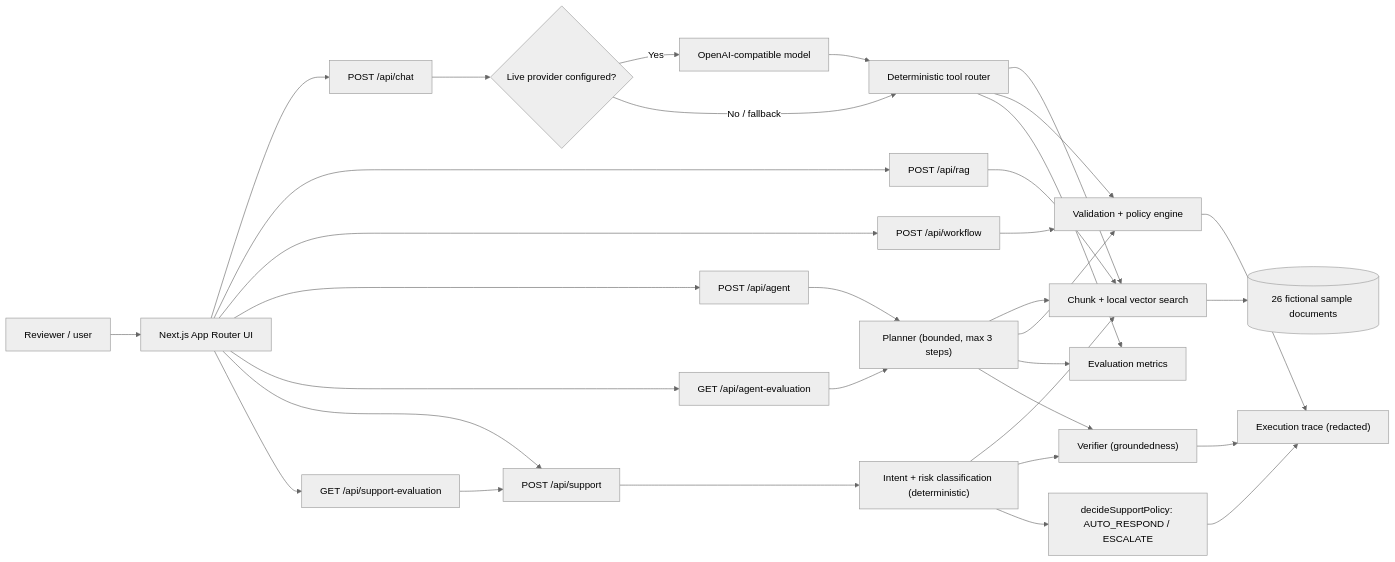
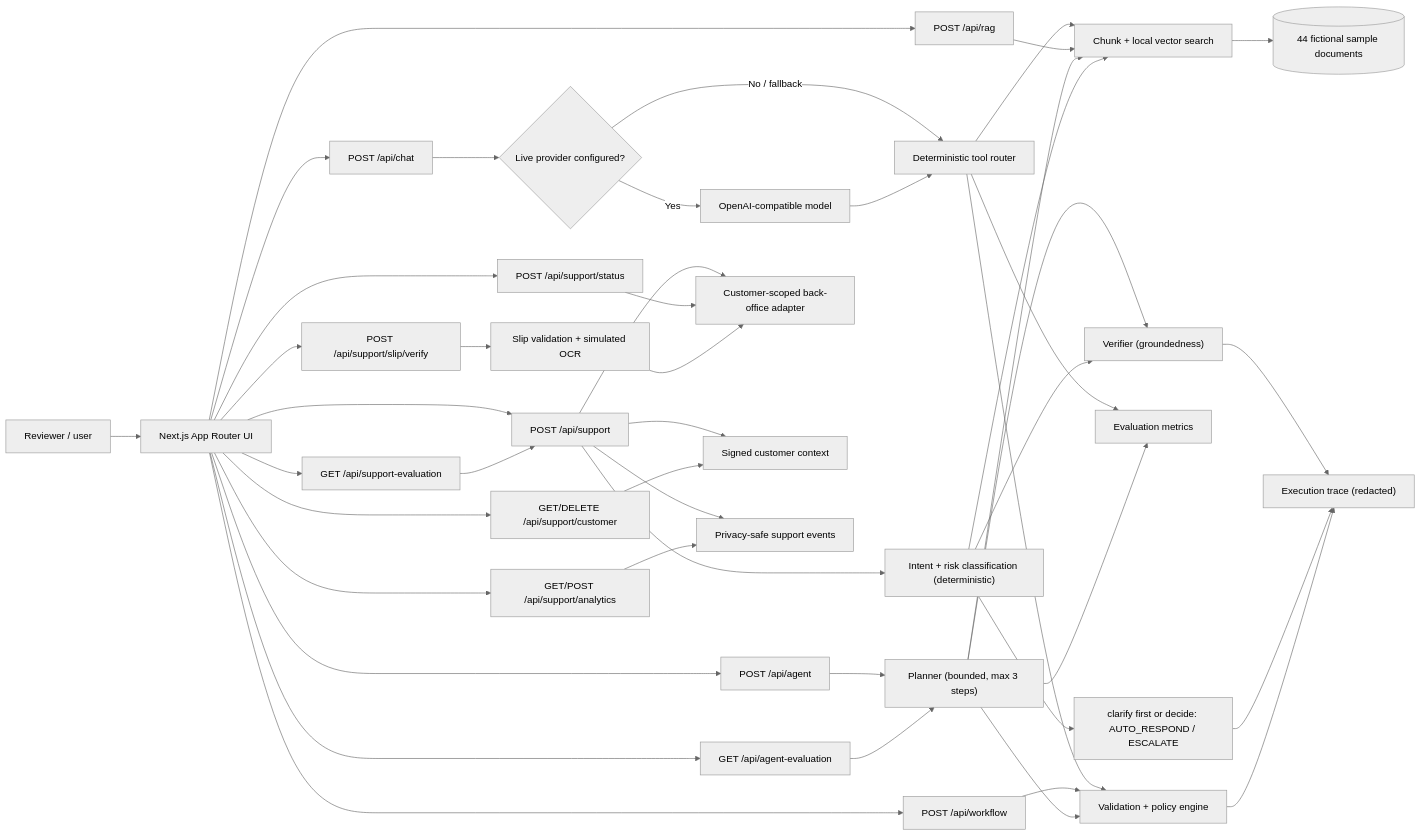
One commit to Palatip18/ai-operations-studio changed the first of 3 diagrams in README.md. Above: the diagram before and after it, drawn with Mermaid (neutral theme). The commit also changed other lines of this file and 3 other files, not shown here.

````diff
--- a/README.md
+++ b/README.md
@@ -138,35 +154,47 @@
 ```mermaid
 flowchart LR
   U["Reviewer / user"] --> UI["Next.js App Router UI"]
   UI --> C["POST /api/chat"]
   UI --> R["POST /api/rag"]
   UI --> W["POST /api/workflow"]
   UI --> A["POST /api/agent"]
   UI --> AE["GET /api/agent-evaluation"]
   UI --> S["POST /api/support"]
+  UI --> ST["POST /api/support/status"]
+  UI --> SC["GET/DELETE /api/support/customer"]
+  UI --> SV["POST /api/support/slip/verify"]
+  UI --> SA["GET/POST /api/support/analytics"]
   UI --> SE["GET /api/support-evaluation"]
   C --> L{"Live provider configured?"}
   L -->|"Yes"| M["OpenAI-compatible model"]
   L -->|"No / fallback"| T["Deterministic tool router"]
   M --> T
   T --> K["Chunk + local vector search"]
   T --> V
   T --> E["Evaluation metrics"]
   R --> K
   W --> V["Validation + policy engine"]
   A --> P["Planner (bounded, max 3 steps)"]
   P --> K
   P --> V
   P --> E
   P --> VF["Verifier (groundedness)"]
   S --> CL["Intent + risk classification (deterministic)"]
   CL --> K
   CL --> VF
-  CL --> SD["decideSupportPolicy: AUTO_RESPOND / ESCALATE"]
+  CL --> SD["clarify first or decide: AUTO_RESPOND / ESCALATE"]
   VF --> O["Execution trace (redacted)"]
   SD --> O
+  S --> BO["Customer-scoped back-office adapter"]
+  S --> CTX["Signed customer context"]
+  ST --> BO
+  SC --> CTX
+  SV --> OCR["Slip validation + simulated OCR"]
+  OCR --> BO
+  S --> EVT["Privacy-safe support events"]
+  SA --> EVT
   AE --> P
   SE --> S
-  K --> D[("26 fictional sample documents")]
+  K --> D[("44 fictional sample documents")]
   V --> O
 ```
````
